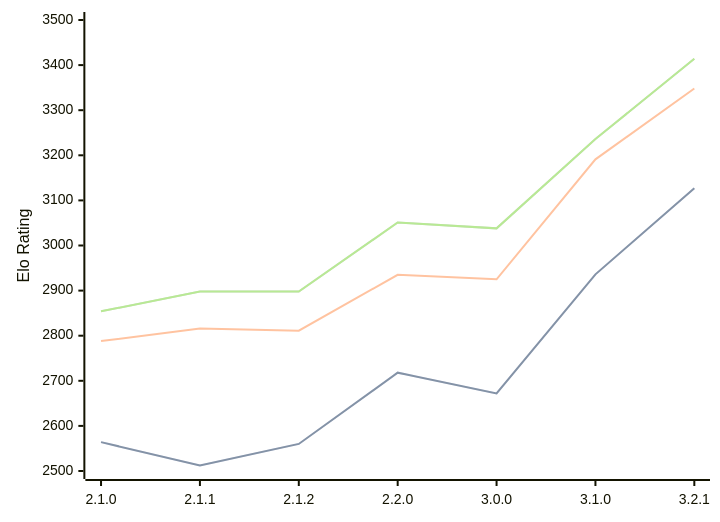
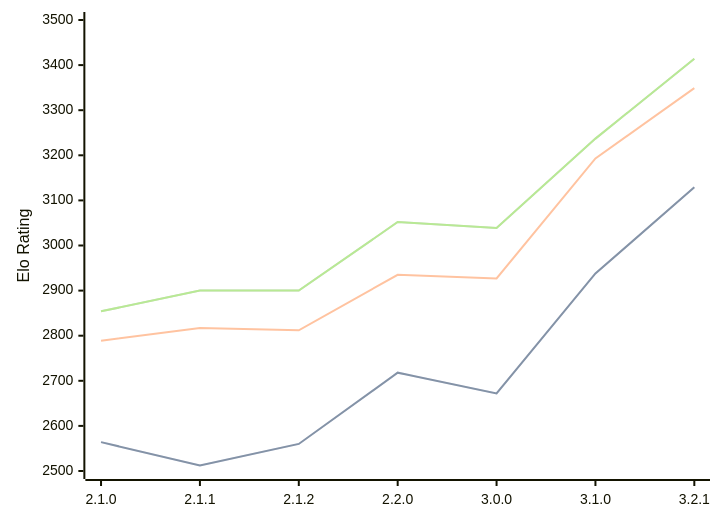
The diagram in engines/Prune.md (computer-chess-index/cci), drawn with Mermaid before and after one commit. The commit also changed other lines of this file, not shown here.

Commit message:
Update CCI Ratings (ELO VLTC) - 2026-04-13

````diff
--- a/engines/Prune.md
+++ b/engines/Prune.md
@@ -42,11 +42,11 @@
 ```mermaid
 %%{init: {"theme":"base","themeVariables":{"seriesColors:['#a3a3a3','#222221','#faa371']}}}%%
 xychart-beta
   x-axis ["2.1.0", "2.1.1", "2.1.2", "2.2.0", "3.0.0", "3.1.0", "3.2.1"]
   y-axis "Elo Rating" 2500 --> 3500
-  line "STC (8.0+0.08s)" [2564, 2512, 2560, 2718, 2672, 2936, 3127]
-  line "STC (8.0+0.08s)" [2564, 2512, 2560, 2718, 2672, 2936, 3127]
-  line "LTC (60.0+0.60s)" [2788, 2816, 2811, 2935, 2925, 3191, 3348]
-  line "VLTC (2m24s+1.12s)" [2854, 2898, 2898, 3051, 3038, 3236, 3414]
-  line "VLTC (2m24s+1.12s)" [2854, 2898, 2898, 3051, 3038, 3236, 3414]
+  line "STC (8.0+0.08s)" [2564, 2512, 2560, 2718, 2672, 2938, 3129]
+  line "STC (8.0+0.08s)" [2564, 2512, 2560, 2718, 2672, 2938, 3129]
+  line "LTC (60.0+0.60s)" [2789, 2817, 2812, 2935, 2927, 3193, 3349]
+  line "VLTC (2m24s+1.12s)" [2854, 2900, 2900, 3052, 3039, 3237, 3414]
+  line "VLTC (2m24s+1.12s)" [2854, 2900, 2900, 3052, 3039, 3237, 3414]
 ```
````
